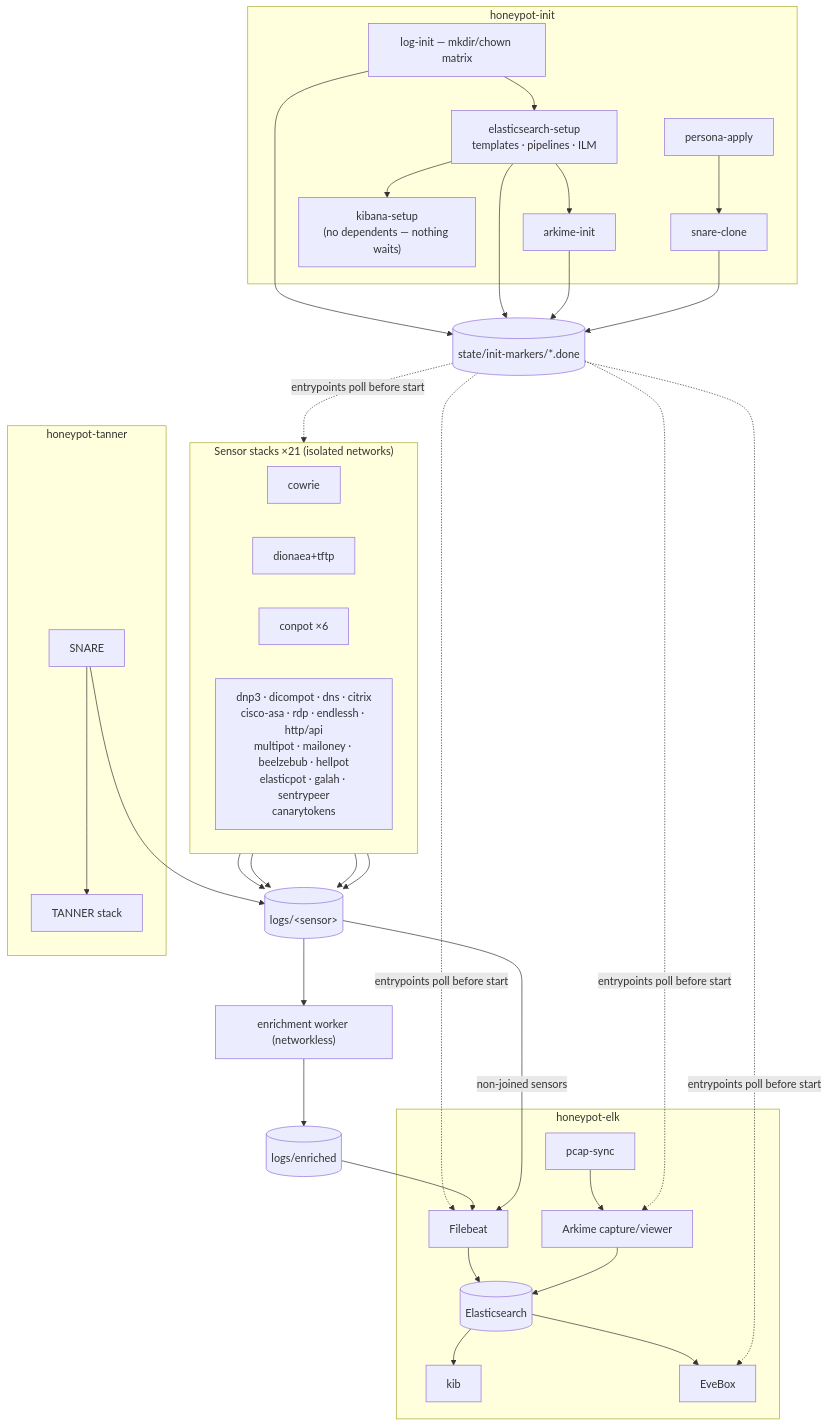
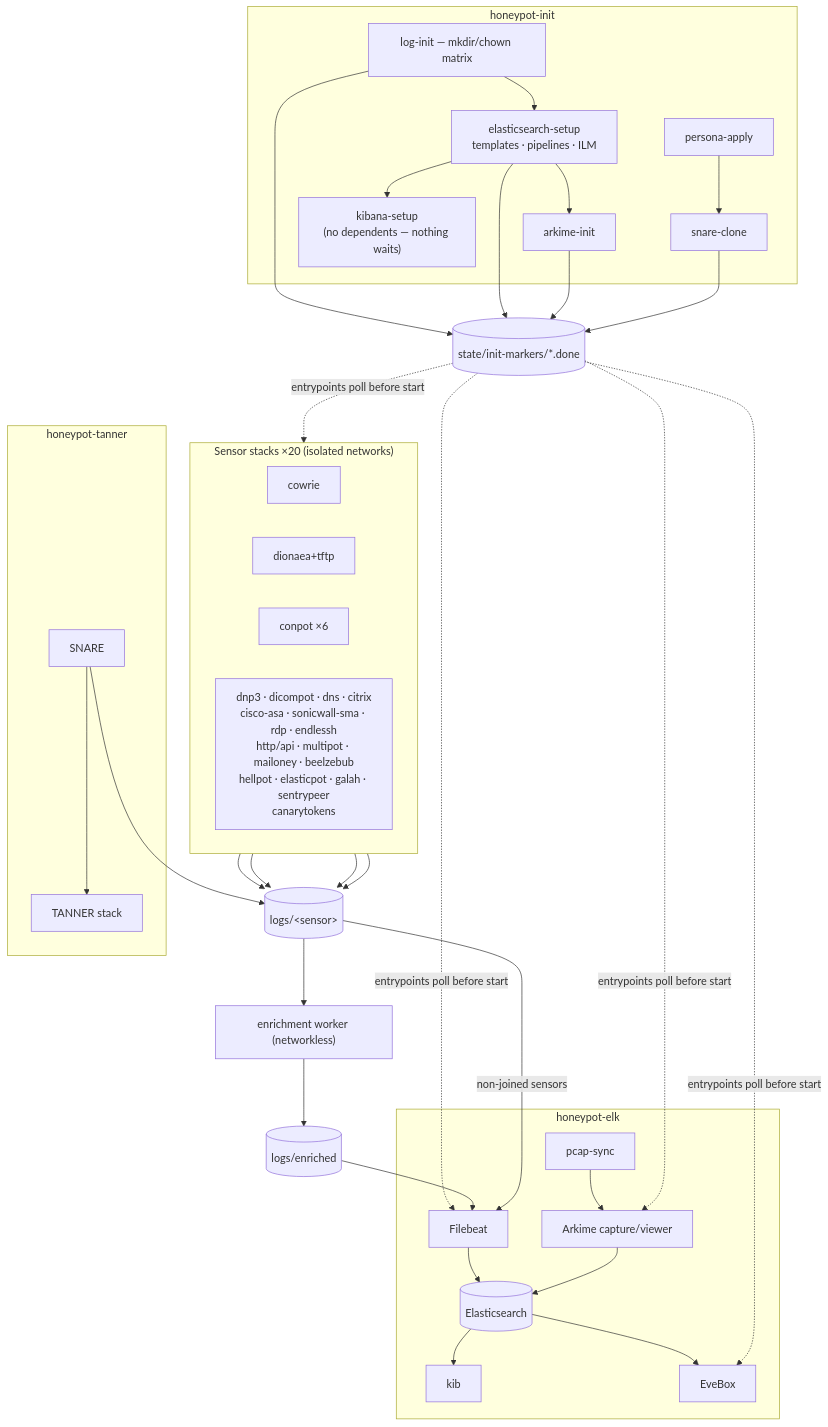
Before and after one commit to Xore/APIARY: the third of 4 diagrams in docs/ARCHITECTURE.md, drawn with Mermaid. The commit also changed other lines of this file and 84 other files, not shown here.

First line of the commit message:
docs: reconcile 43 markdown files with the current repository state, and gate diagram/link rot (#3398)

````diff
--- a/docs/ARCHITECTURE.md
+++ b/docs/ARCHITECTURE.md
@@ -175,35 +184,35 @@
 ```mermaid
 flowchart TB
   subgraph hi["honeypot-init"]
     loginit["log-init — mkdir/chown matrix"] --> esinit["elasticsearch-setup<br/>templates · pipelines · ILM"]
     esinit --> arkinit["arkime-init"] & kibanainit["kibana-setup<br/>(no dependents — nothing waits)"]
     persona["persona-apply"] --> snareclone["snare-clone"]
   end
   markers[("state/init-markers/*.done")]
   loginit & esinit & arkinit & snareclone --> markers
 
-  subgraph sg["Sensor stacks ×21 (isolated networks)"]
+  subgraph sg["Sensor stacks ×20 (isolated networks)"]
     direction LR
-    cow["cowrie"] & dion["dionaea+tftp"] & conp["conpot ×6"] & rest["dnp3 · dicompot · dns · citrix<br/>cisco-asa · rdp · endlessh · http/api<br/>multipot · mailoney · beelzebub · hellpot<br/>elasticpot · galah · sentrypeer<br/>canarytokens"]
+    cow["cowrie"] & dion["dionaea+tftp"] & conp["conpot ×6"] & rest["dnp3 · dicompot · dns · citrix<br/>cisco-asa · sonicwall-sma · rdp · endlessh<br/>http/api · multipot · mailoney · beelzebub<br/>hellpot · elasticpot · galah · sentrypeer<br/>canarytokens"]
   end
 
   logsT[("logs/&lt;sensor&gt;")]
   enrichW["enrichment worker (networkless)"] --> enrichedT[("logs/enriched")]
   logsT --> enrichW
 
   subgraph elkS["honeypot-elk"]
     fbeat["Filebeat"] --> esc[("Elasticsearch")]
     esc --> kib & eve["EveBox"]
     pcapSync["pcap-sync"] --> arkC["Arkime capture/viewer"] --> esc
   end
 
   subgraph tn["honeypot-tanner"]
     snareN["SNARE"] --> tanN["TANNER stack"]
   end
 
   markers -.->|"entrypoints poll before start"| sg & fbeat & eve & arkC
   cow & dion & conp & rest --> logsT
   enrichedT --> fbeat
   logsT -->|"non-joined sensors"| fbeat
   snareN --> logsT
 ```
````
